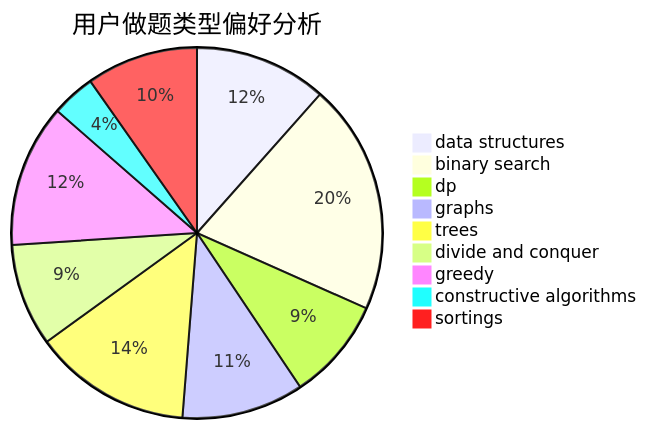
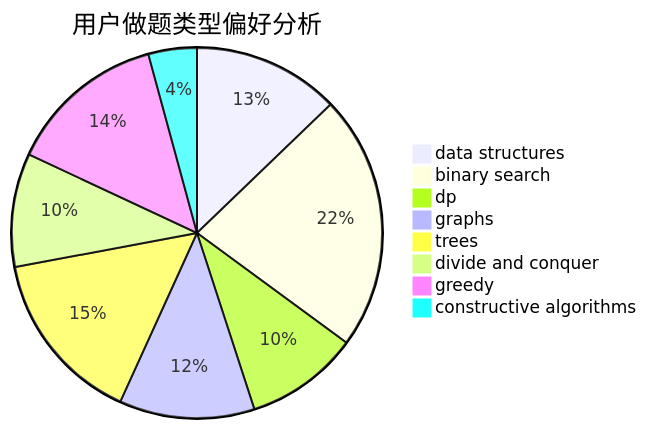
Before and after one commit to sherpahu/cfrs.github.io: the second of 3 diagrams in docs/user/u571.md, drawn with Mermaid. The commit also changed other lines of this file and 2769 other files, not shown here.

````diff
--- a/docs/user/u571.md
+++ b/docs/user/u571.md
@@ -18,12 +18,11 @@
 ```mermaid
 pie title 用户做题类型偏好分析
     "data structures" :  115
     "binary search" :  200
     "dp" :  89
     "graphs" :  106
     "trees" :  137
     "divide and conquer" :  89
     "greedy" :  124
     "constructive algorithms" :  38
-    "sortings" :  97
 ```
````
